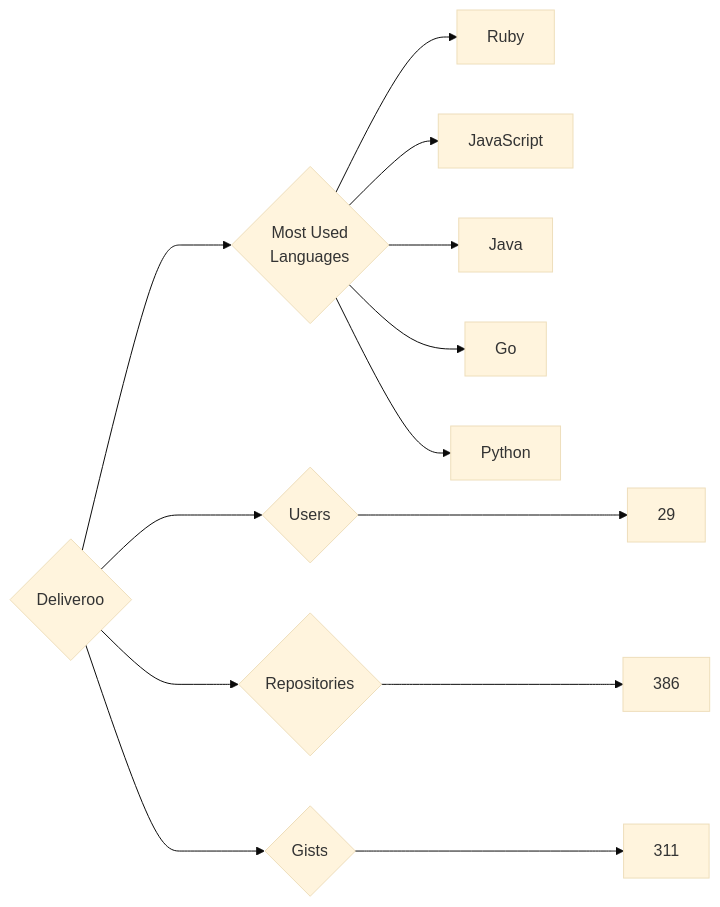
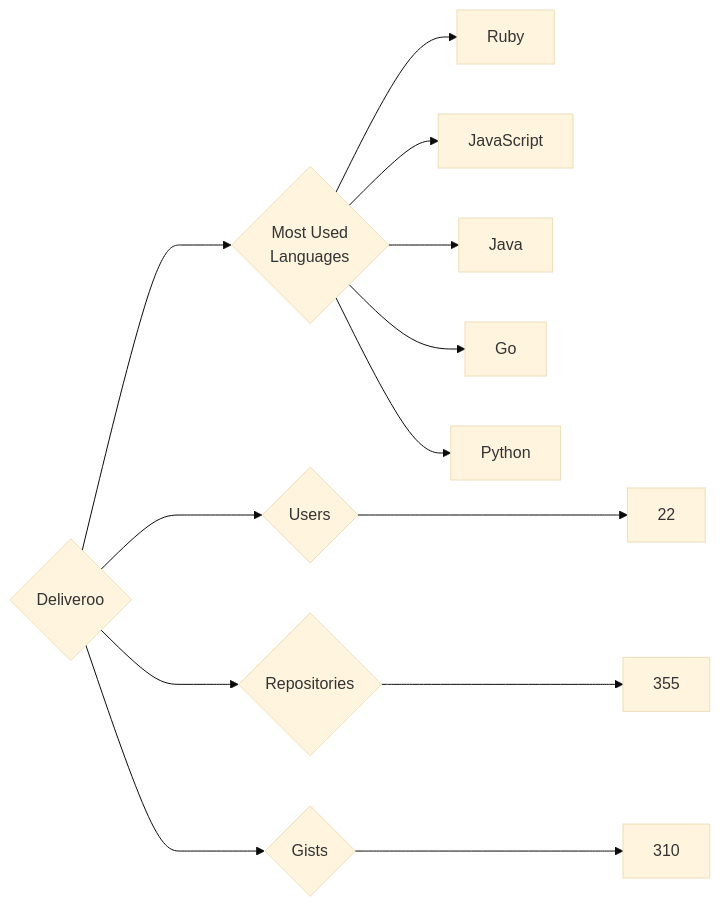
Before and after one commit to trickest/insiders: the diagram in targets/Deliveroo/README.md, drawn with Mermaid (base theme). The commit also changed 679 other files, not shown here.

````diff
--- a/targets/Deliveroo/README.md
+++ b/targets/Deliveroo/README.md
@@ -3,13 +3,13 @@
 ```mermaid
 graph LR
 COMPANY_NAME{Deliveroo}
-COMPANY_NAME ---> U{Users} ---> UN[29]
-COMPANY_NAME ---> R{Repositories} ---> RN[386]
-COMPANY_NAME ---> G{Gists} ---> GN[311]
+COMPANY_NAME ---> U{Users} ---> UN[22]
+COMPANY_NAME ---> R{Repositories} ---> RN[355]
+COMPANY_NAME ---> G{Gists} ---> GN[310]
 COMPANY_NAME ---> ML{Most Used<br>Languages}
 ML --> Ruby[Ruby]
 ML --> JavaScript[JavaScript]
 ML --> Java[Java]
 ML --> Go[Go]
 ML --> Python[Python]
 ```
````
